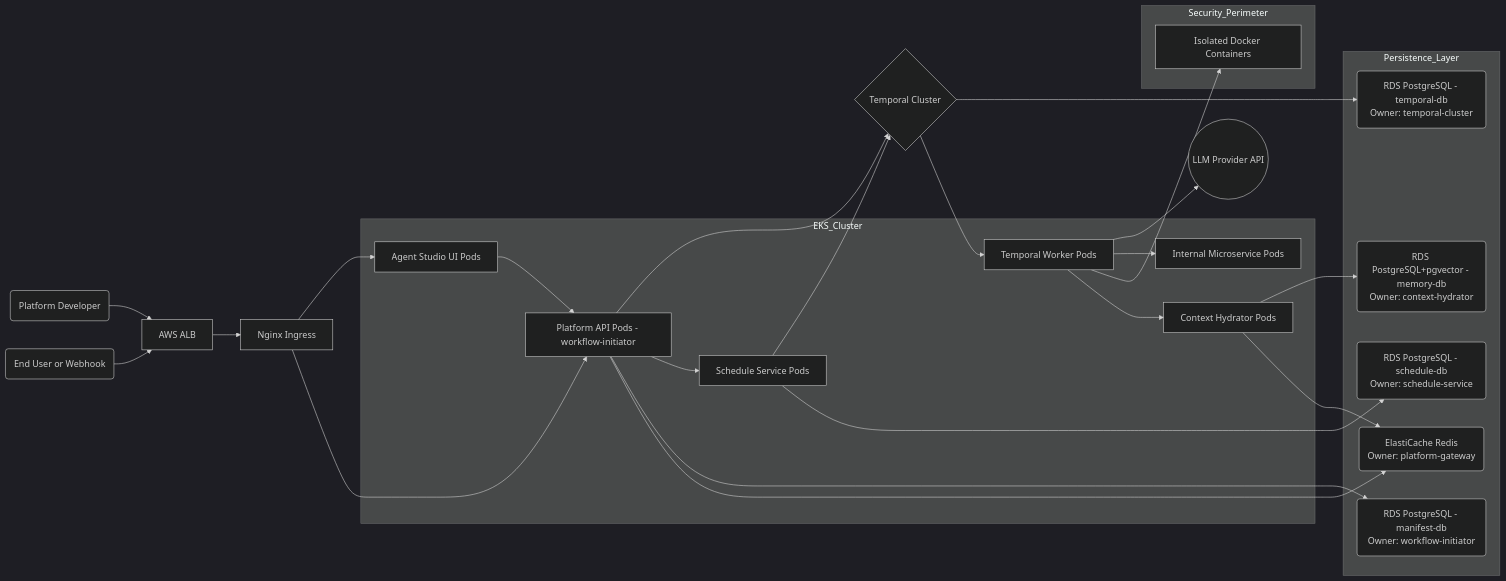
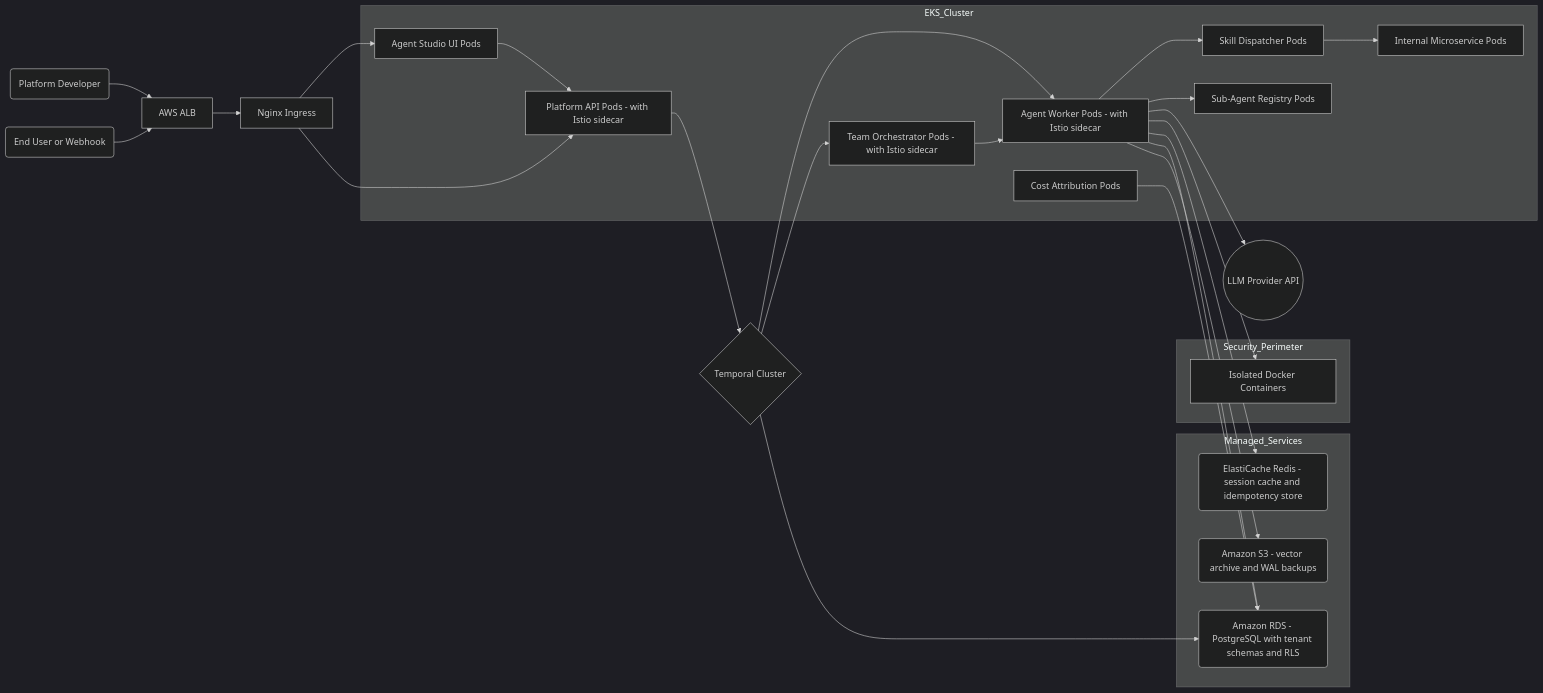
The second of 6 diagrams in architecture.md (rayarun/a1-agent-engine), drawn with Mermaid (dark theme) before and after one commit. The commit also changed other lines of this file and 1 other file, not shown here.

First line of the commit message:
Docs: Promote worktree architecture and requirements revisions to main

````diff
--- a/architecture.md
+++ b/architecture.md
@@ -89,45 +101,45 @@
 ```mermaid
 graph LR
     Developer(Platform Developer) --> ALB[AWS ALB]
     User(End User or Webhook) --> ALB
     ALB --> EKS_Ingress[Nginx Ingress]
 
     subgraph EKS_Cluster
         AdminUI_Pod[Agent Studio UI Pods]
-        API_Pod[Platform API Pods - workflow-initiator]
-        Worker_Pod[Temporal Worker Pods]
+        API_Pod[Platform API Pods - with Istio sidecar]
+        Worker_Pod[Agent Worker Pods - with Istio sidecar]
+        TeamOrch_Pod[Team Orchestrator Pods - with Istio sidecar]
+        SubAgentReg_Pod[Sub-Agent Registry Pods]
+        SkillDisp_Pod[Skill Dispatcher Pods]
+        CostAttr_Pod[Cost Attribution Pods]
         Tool_Pod[Internal Microservice Pods]
-        Schedule_Pod[Schedule Service Pods]
-        Hydrator_Pod[Context Hydrator Pods]
     end
 
     subgraph Security_Perimeter
         Sandbox[Isolated Docker Containers]
     end
 
-    subgraph Persistence_Layer
-        GatewayCache(ElastiCache Redis\nOwner: platform-gateway)
-        ManifestRDS(RDS PostgreSQL - manifest-db\nOwner: workflow-initiator)
-        ScheduleRDS(RDS PostgreSQL - schedule-db\nOwner: schedule-service)
-        MemoryRDS(RDS PostgreSQL+pgvector - memory-db\nOwner: context-hydrator)
-        TemporalRDS(RDS PostgreSQL - temporal-db\nOwner: temporal-cluster)
+    subgraph Managed_Services
+        RDS(Amazon RDS - PostgreSQL with tenant schemas and RLS)
+        ElastiCache(ElastiCache Redis - session cache and idempotency store)
+        S3(Amazon S3 - vector archive and WAL backups)
     end
 
     EKS_Ingress --> AdminUI_Pod
     EKS_Ingress --> API_Pod
     AdminUI_Pod --> API_Pod
     API_Pod --> Temporal_Service{Temporal Cluster}
-    API_Pod --> Schedule_Pod
-    API_Pod --> ManifestRDS
-    API_Pod --> GatewayCache
-    Schedule_Pod --> Temporal_Service
-    Schedule_Pod --> ScheduleRDS
-    Temporal_Service --> TemporalRDS
     Temporal_Service --> Worker_Pod
+    Temporal_Service --> TeamOrch_Pod
+    TeamOrch_Pod --> Worker_Pod
+    Worker_Pod --> SkillDisp_Pod
+    SkillDisp_Pod --> Tool_Pod
+    Worker_Pod --> SubAgentReg_Pod
     Worker_Pod --> LLM((LLM Provider API))
-    Worker_Pod --> Tool_Pod
     Worker_Pod --> Sandbox
-    Worker_Pod --> Hydrator_Pod
-    Hydrator_Pod --> MemoryRDS
-    Hydrator_Pod --> GatewayCache
+    CostAttr_Pod --> RDS
+    Temporal_Service --> RDS
+    Worker_Pod --> ElastiCache
+    Worker_Pod --> RDS
+    Worker_Pod --> S3
 ```
````
